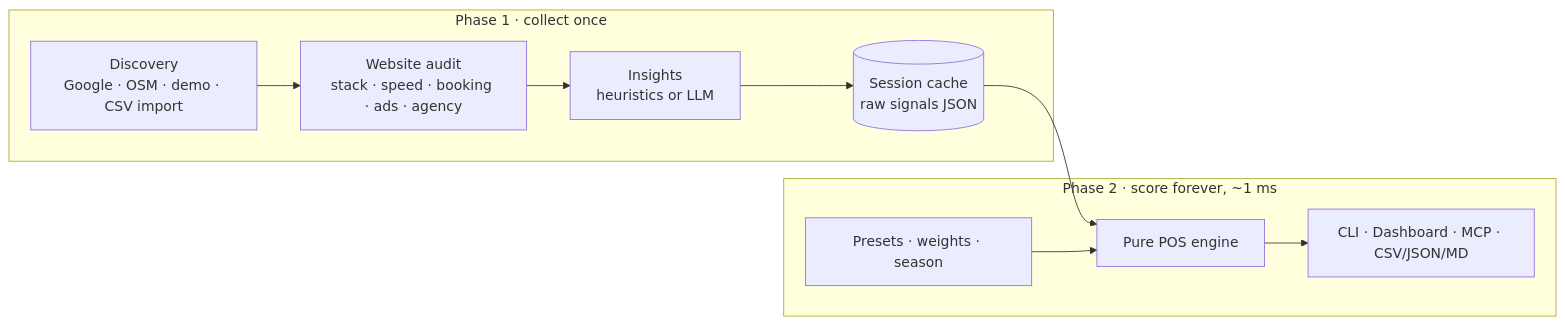
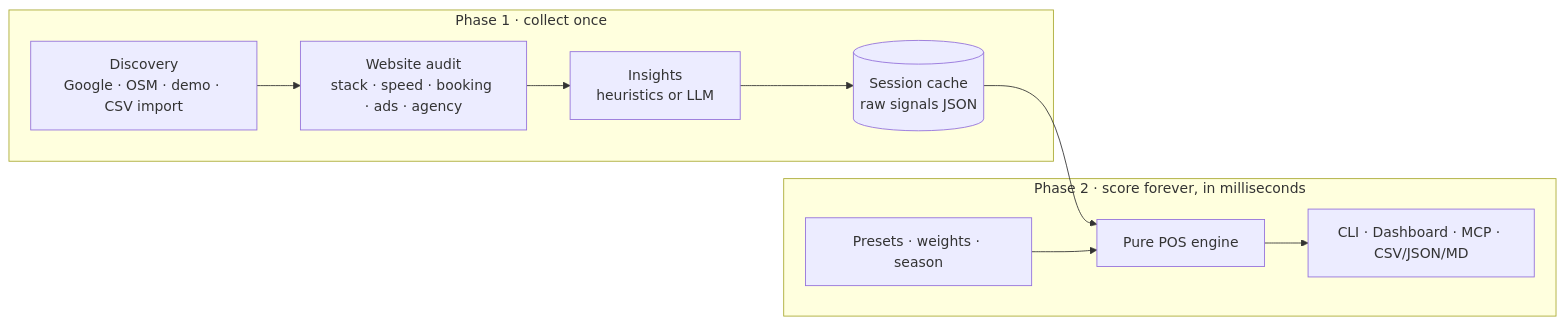
Before and after one commit to Gabbo-bruh/coldlead-studio: the diagram in README.md, drawn with Mermaid. The commit also changed other lines of this file and 53 other files, not shown here.

````diff
--- a/README.md
+++ b/README.md
@@ -101,13 +103,13 @@
 ```mermaid
 flowchart LR
     subgraph P1 [Phase 1 · collect once]
         D[Discovery<br/>Google · OSM · demo · CSV import] --> A[Website audit<br/>stack · speed · booking · ads · agency]
         A --> E[Insights<br/>heuristics or LLM]
         E --> C[(Session cache<br/>raw signals JSON)]
     end
-    subgraph P2 [Phase 2 · score forever, ~1 ms]
+    subgraph P2 [Phase 2 · score forever, in milliseconds]
         C --> S[Pure POS engine]
         W[Presets · weights · season] --> S
         S --> O[CLI · Dashboard · MCP · CSV/JSON/MD]
     end
 ```
````
